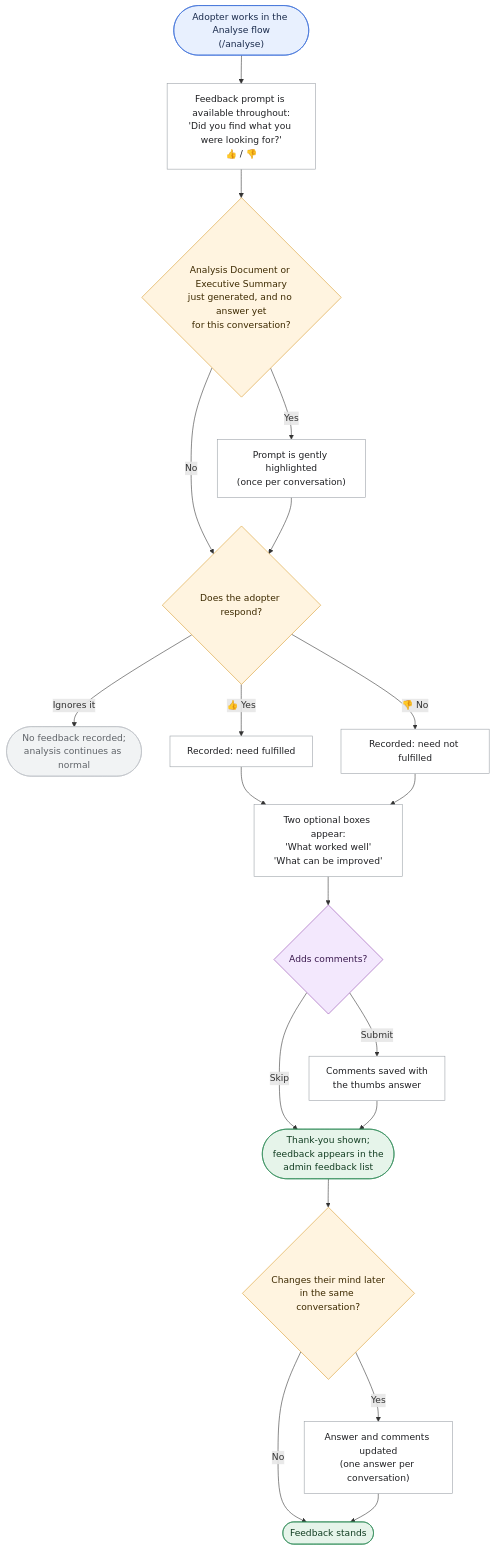
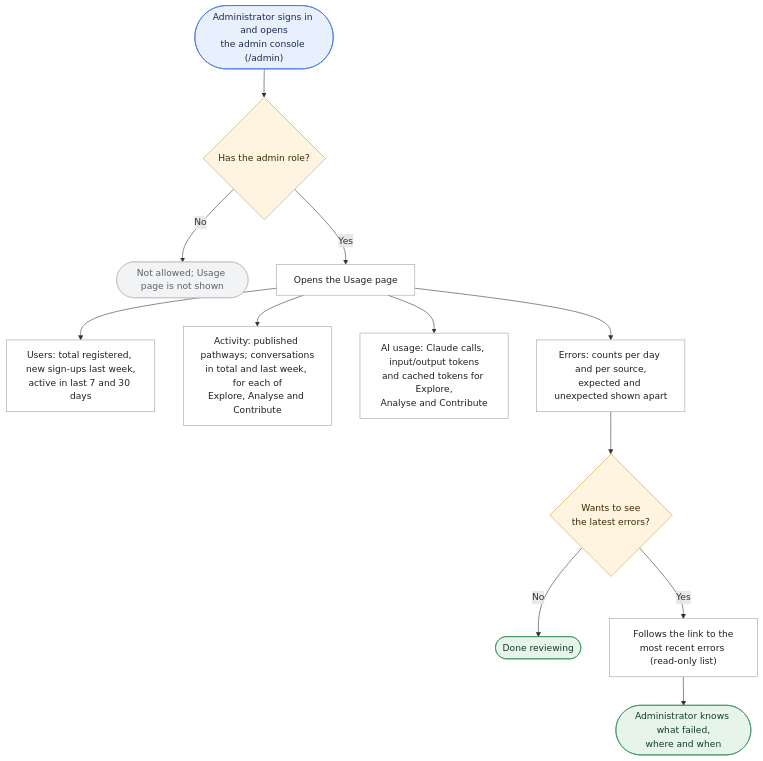
One commit to SwanandAI/diffusion-cube changed the third of 4 diagrams in docs/features/monitoring-logging-cleanup/requirement_monitoring_logging_cleanup.md. Above: the diagram before and after it, drawn with Mermaid. The commit also changed other lines of this file and 108 other files, not shown here.

````diff
--- a/docs/features/monitoring-logging-cleanup/requirement_monitoring_logging_cleanup.md
+++ b/docs/features/monitoring-logging-cleanup/requirement_monitoring_logging_cleanup.md
@@ -221,35 +268,26 @@
 ```mermaid
 flowchart TD
-    S(["Adopter works in the Analyse flow<br/>(/analyse)"]) --> AV["Feedback prompt is available throughout:<br/>'Did you find what you were looking for?'<br/>👍 / 👎"]
-    AV --> GEN{"Analysis Document or Executive Summary<br/>just generated, and no answer yet<br/>for this conversation?"}
-    GEN -->|"Yes"| NUDGE["Prompt is gently highlighted<br/>(once per conversation)"]
-    GEN -->|"No"| CH
-    NUDGE --> CH{"Does the adopter respond?"}
-    CH -->|"Ignores it"| SKIP(["No feedback recorded;<br/>analysis continues as normal"])
-    CH -->|"👍 Yes"| UP["Recorded: need fulfilled"]
-    CH -->|"👎 No"| DOWN["Recorded: need not fulfilled"]
-    UP --> TXT["Two optional boxes appear:<br/>'What worked well'<br/>'What can be improved'"]
-    DOWN --> TXT
-    TXT --> WR{"Adds comments?"}
-    WR -->|"Skip"| THX(["Thank-you shown;<br/>feedback appears in the<br/>admin feedback list"])
-    WR -->|"Submit"| SAVE["Comments saved with<br/>the thumbs answer"]
-    SAVE --> THX
-    THX --> CHG{"Changes their mind later<br/>in the same conversation?"}
-    CHG -->|"No"| END(["Feedback stands"])
-    CHG -->|"Yes"| UPD["Answer and comments updated<br/>(one answer per conversation)"]
-    UPD --> END
+    S(["Administrator signs in and opens<br/>the admin console (/admin)"]) --> R{"Has the admin role?"}
+    R -->|"No"| X1(["Not allowed; Usage page is not shown"])
+    R -->|"Yes"| P["Opens the Usage page"]
+    P --> U["Users: total registered, new sign-ups last week,<br/>active in last 7 and 30 days"]
+    P --> A["Activity: published pathways; conversations<br/>in total and last week, for each of<br/>Explore, Analyse and Contribute"]
+    P --> AI["AI usage: Claude calls, input/output tokens<br/>and cached tokens for Explore,<br/>Analyse and Contribute"]
+    P --> ER["Errors: counts per day and per source,<br/>expected and unexpected shown apart"]
+    ER --> Q{"Wants to see<br/>the latest errors?"}
+    Q -->|"No"| D1(["Done reviewing"])
+    Q -->|"Yes"| L["Follows the link to the<br/>most recent errors (read-only list)"]
+    L --> D2(["Administrator knows what failed,<br/>where and when"])
 
     classDef start fill:#E8F0FE,stroke:#3B6FD8,color:#1A2B4C
     classDef decision fill:#FFF4E0,stroke:#D99A2B,color:#3D2A00
-    classDef consent fill:#F3E8FD,stroke:#8E44AD,color:#3B1A4F
     classDef step fill:#FFFFFF,stroke:#9AA0A6,color:#202124
     classDef done fill:#E6F4EA,stroke:#2E8B57,color:#123D22
     classDef stop fill:#F1F3F4,stroke:#BDC1C6,color:#5F6368
 
     class S start
-    class GEN,CH,CHG decision
-    class WR consent
-    class AV,NUDGE,UP,DOWN,TXT,SAVE,UPD step
-    class THX,END done
-    class SKIP stop
+    class R,Q decision
+    class P,U,A,AI,ER,L step
+    class D1,D2 done
+    class X1 stop
 ```
````
